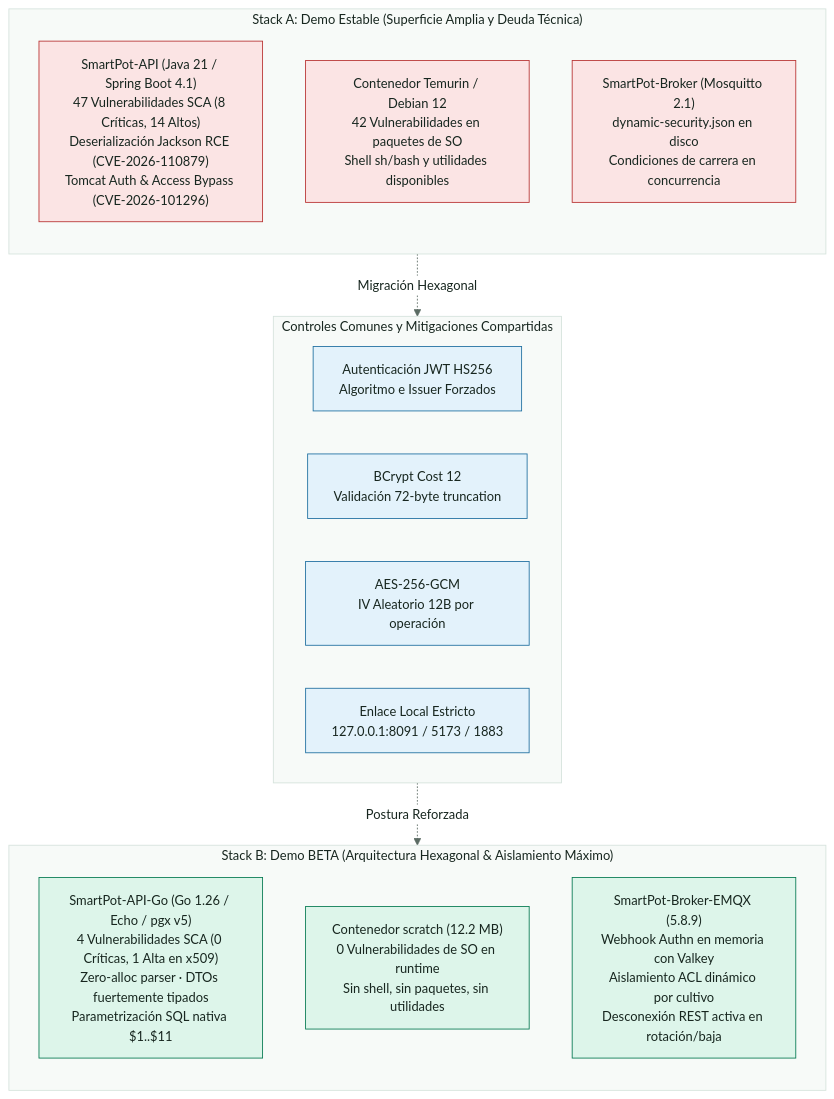
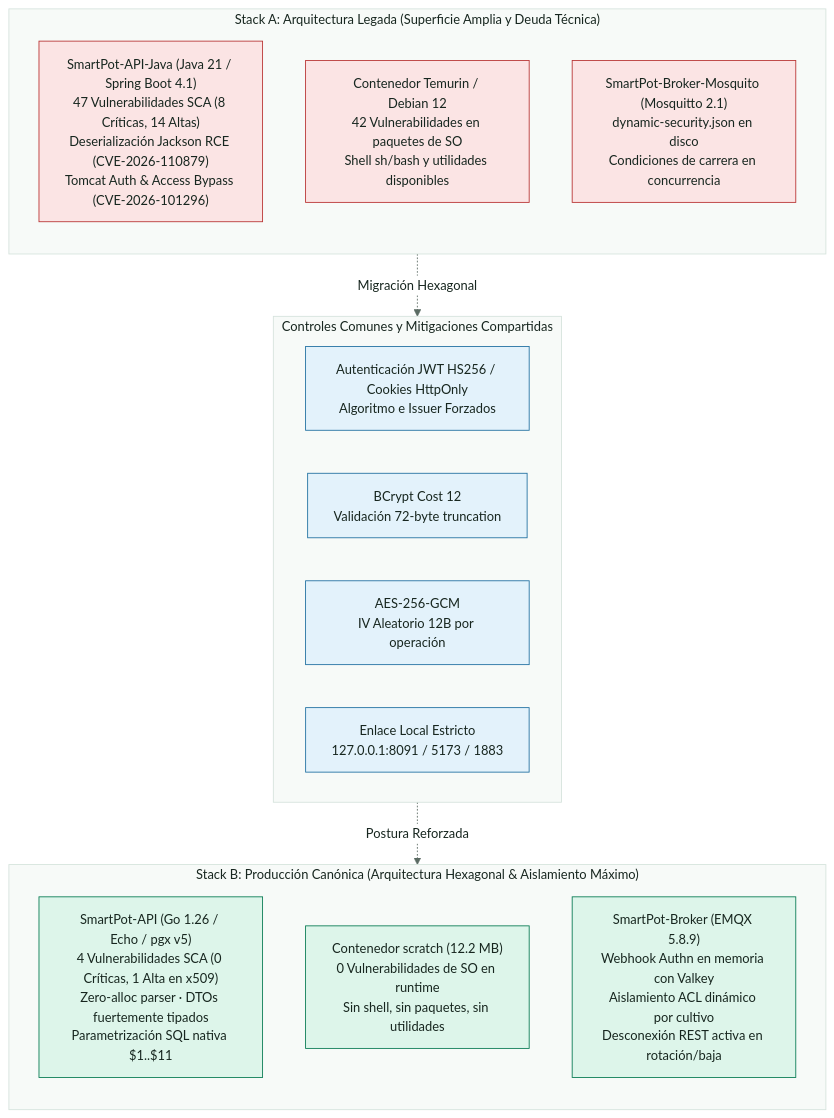
One commit to SmartPotTech/.github changed the diagram in docs/SmartPot_Security_Scan_AB.md. Above: the diagram before and after it, drawn with Mermaid. The commit also changed 21 other files, not shown here.

Commit message:
Update platform documentation and architecture diagrams for production Stack B [skip deploy] #no-deploy

````diff
--- a/docs/SmartPot_Security_Scan_AB.md
+++ b/docs/SmartPot_Security_Scan_AB.md
@@ -153,38 +153,38 @@
 ```mermaid
 %%{init: {"theme": "base", "fontFamily": "Segoe UI, Arial, sans-serif", "themeVariables": {"fontFamily": "Segoe UI, Arial, sans-serif", "fontSize": "15px", "primaryColor": "#DDF5EA", "primaryTextColor": "#17261F", "primaryBorderColor": "#067A52", "secondaryColor": "#E3F2FB", "secondaryTextColor": "#17261F", "secondaryBorderColor": "#1F6FA0", "tertiaryColor": "#F2F7F4", "tertiaryTextColor": "#17261F", "tertiaryBorderColor": "#D5E3DC", "lineColor": "#5B6B63", "textColor": "#17261F", "mainBkg": "#DDF5EA", "nodeBorder": "#067A52", "clusterBkg": "#F7FAF8", "clusterBorder": "#D5E3DC", "edgeLabelBackground": "#FFFFFF", "actorBkg": "#067A52", "actorBorder": "#0B3D2B", "actorTextColor": "#FFFFFF", "actorLineColor": "#5B6B63", "signalColor": "#17261F", "signalTextColor": "#17261F", "labelBoxBkgColor": "#0B3D2B", "labelBoxBorderColor": "#0B3D2B", "labelTextColor": "#FFFFFF", "loopTextColor": "#0B3D2B", "noteBkgColor": "#FDF4DD", "noteBorderColor": "#C98D12", "noteTextColor": "#17261F", "activationBkgColor": "#DDF5EA", "activationBorderColor": "#067A52", "attributeBackgroundColorOdd": "#FFFFFF", "attributeBackgroundColorEven": "#F2F7F4"}}}%%
 flowchart TD
-  subgraph STACK_A["Stack A: Demo Estable (Superficie Amplia y Deuda Técnica)"]
+  subgraph STACK_A["Stack A: Arquitectura Legada (Superficie Amplia y Deuda Técnica)"]
     direction TB
-    A_API["SmartPot-API (Java 21 / Spring Boot 4.1)<br/>47 Vulnerabilidades SCA (8 Críticas, 14 Altos)<br/>Deserialización Jackson RCE (CVE-2026-110879)<br/>Tomcat Auth & Access Bypass (CVE-2026-101296)"]
+    A_API["SmartPot-API-Java (Java 21 / Spring Boot 4.1)<br/>47 Vulnerabilidades SCA (8 Críticas, 14 Altas)<br/>Deserialización Jackson RCE (CVE-2026-110879)<br/>Tomcat Auth & Access Bypass (CVE-2026-101296)"]
     A_SO["Contenedor Temurin / Debian 12<br/>42 Vulnerabilidades en paquetes de SO<br/>Shell sh/bash y utilidades disponibles"]
-    A_BROKER["SmartPot-Broker (Mosquitto 2.1)<br/>dynamic-security.json en disco<br/>Condiciones de carrera en concurrencia"]
+    A_BROKER["SmartPot-Broker-Mosquito (Mosquitto 2.1)<br/>dynamic-security.json en disco<br/>Condiciones de carrera en concurrencia"]
   end
 
   subgraph CONTROLS["Controles Comunes y Mitigaciones Compartidas"]
     direction LR
-    AUTH["Autenticación JWT HS256<br/>Algoritmo e Issuer Forzados"]
+    AUTH["Autenticación JWT HS256 / Cookies HttpOnly<br/>Algoritmo e Issuer Forzados"]
     PASSWD["BCrypt Cost 12<br/>Validación 72-byte truncation"]
     CRYPTO["AES-256-GCM<br/>IV Aleatorio 12B por operación"]
     PORTS["Enlace Local Estricto<br/>127.0.0.1:8091 / 5173 / 1883"]
   end
 
-  subgraph STACK_B["Stack B: Demo BETA (Arquitectura Hexagonal & Aislamiento Máximo)"]
+  subgraph STACK_B["Stack B: Producción Canónica (Arquitectura Hexagonal & Aislamiento Máximo)"]
     direction TB
-    B_API["SmartPot-API-Go (Go 1.26 / Echo / pgx v5)<br/>4 Vulnerabilidades SCA (0 Críticas, 1 Alta en x509)<br/>Zero-alloc parser · DTOs fuertemente tipados<br/>Parametrización SQL nativa $1..$11"]
+    B_API["SmartPot-API (Go 1.26 / Echo / pgx v5)<br/>4 Vulnerabilidades SCA (0 Críticas, 1 Alta en x509)<br/>Zero-alloc parser · DTOs fuertemente tipados<br/>Parametrización SQL nativa $1..$11"]
     B_SO["Contenedor scratch (12.2 MB)<br/>0 Vulnerabilidades de SO en runtime<br/>Sin shell, sin paquetes, sin utilidades"]
-    B_BROKER["SmartPot-Broker-EMQX (5.8.9)<br/>Webhook Authn en memoria con Valkey<br/>Aislamiento ACL dinámico por cultivo<br/>Desconexión REST activa en rotación/baja"]
+    B_BROKER["SmartPot-Broker (EMQX 5.8.9)<br/>Webhook Authn en memoria con Valkey<br/>Aislamiento ACL dinámico por cultivo<br/>Desconexión REST activa en rotación/baja"]
   end
 
   STACK_A -.->|"Migración Hexagonal"| CONTROLS
   CONTROLS -.->|"Postura Reforzada"| STACK_B
 
   classDef core fill:#DDF5EA,stroke:#067A52,color:#17261F
   classDef platform fill:#E3F2FB,stroke:#1F6FA0,color:#17261F
   classDef store fill:#F2F7F4,stroke:#5B6B63,color:#17261F
   classDef device fill:#FDF4DD,stroke:#C98D12,color:#17261F
   classDef alert fill:#FBE4E4,stroke:#B83232,color:#17261F
 
   class B_API,B_SO,B_BROKER core
   class AUTH,PASSWD,CRYPTO,PORTS platform
   class A_API,A_SO,A_BROKER alert
 ```
````
